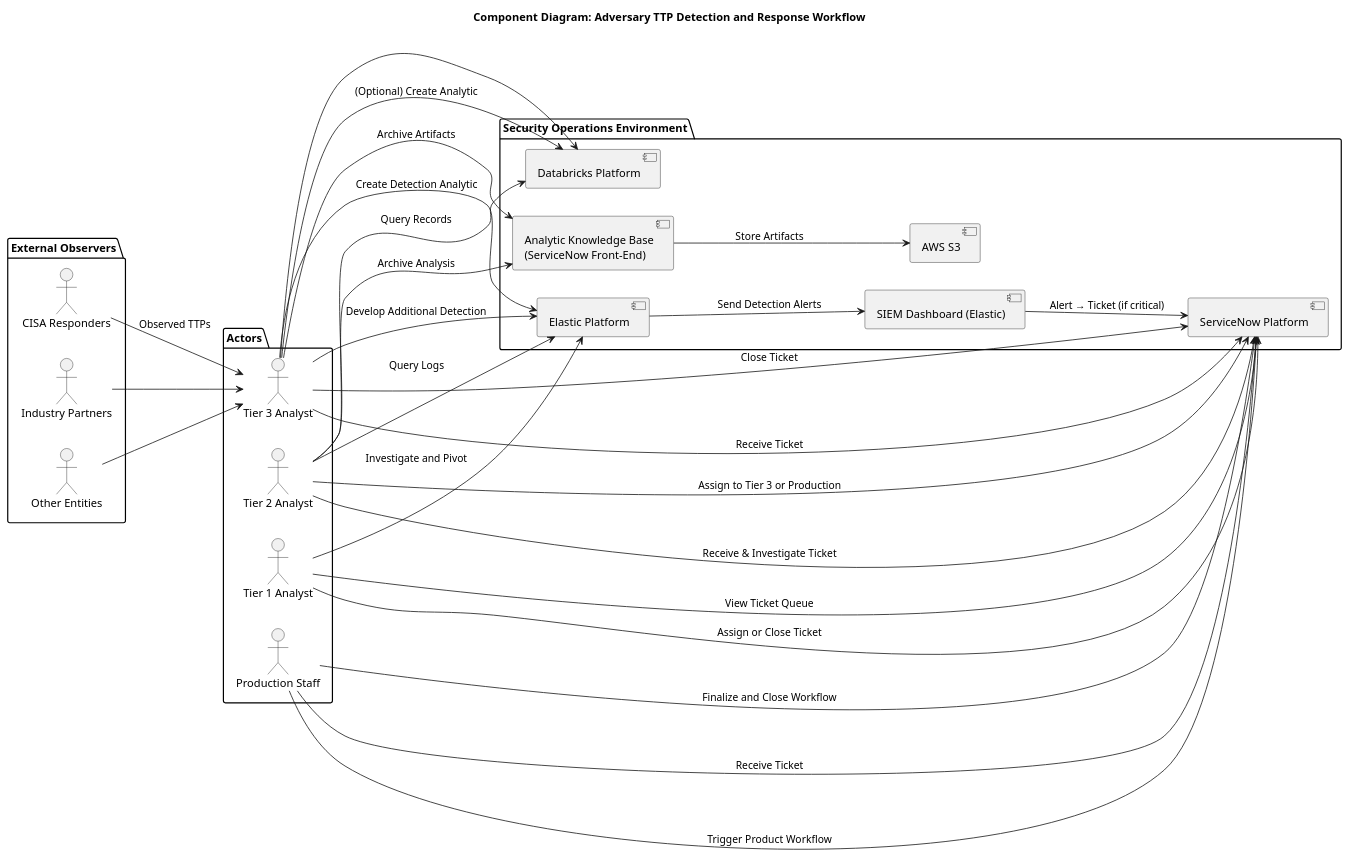
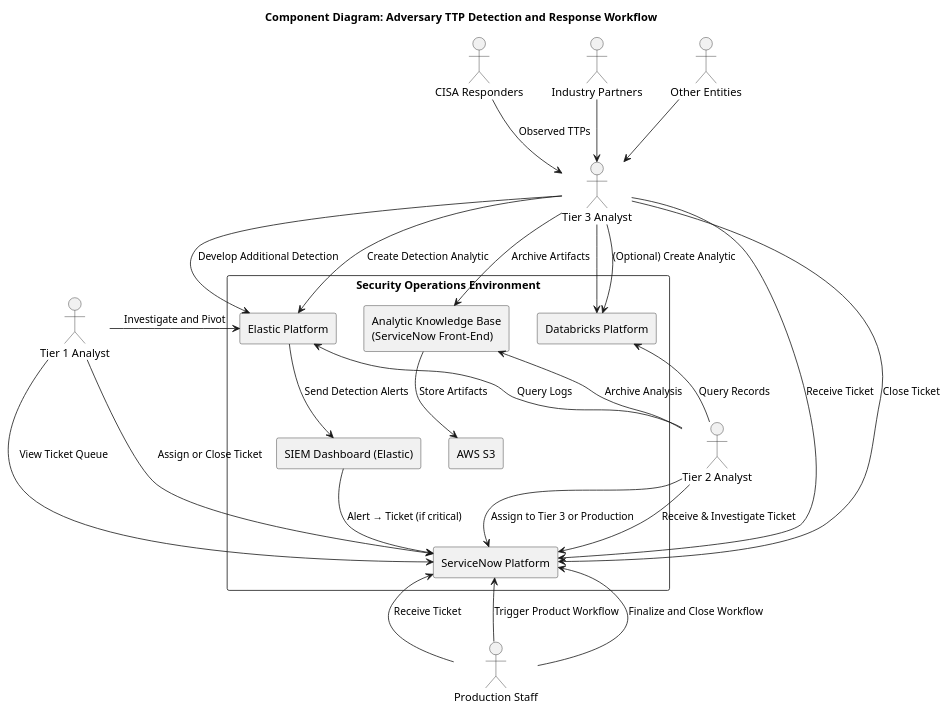
The diagram in src/main/resources/cisa_use_cases_and_workflows_2025/uc_1_persistent_hunt/uc_1_component_diagram.plantuml (drkiettran/use_cases_and_workflow_2025), drawn with PlantUML before and after one commit. The commit also changed 12 other files, not shown here.

```diff
--- a/src/main/resources/cisa_use_cases_and_workflows_2025/uc_1_persistent_hunt/uc_1_component_diagram.plantuml
+++ b/src/main/resources/cisa_use_cases_and_workflows_2025/uc_1_persistent_hunt/uc_1_component_diagram.plantuml
@@ -1,65 +1,67 @@
 @startuml
 	title Component Diagram: Adversary TTP Detection and Response Workflow
-	left to right direction
-	package "External Observers" {
+	' left to right direction
+	skinparam componentStyle rectangle
+	
+	'rectangle "External Observers" {
 	  actor :CISA Responders:
 	  actor :Industry Partners:
 	  actor :Other Entities:
 	
 	  ' [CISA Responders]
 	  ' [Industry Partners]
 	  ' [Other Entities]
-	}
+	'}
 	
-	package "Security Operations Environment" {
+	rectangle "Security Operations Environment" {
 	  [Elastic Platform] as Elastic
 	  [Databricks Platform] as Databricks
 	  [ServiceNow Platform] as ServiceNow
 	  [SIEM Dashboard (Elastic)] as SIEM
 	  [AWS S3] as S3
 	  [Analytic Knowledge Base\n(ServiceNow Front-End)] as AKB
 	}
 	
-	package "Actors" {
+	'rectangle "Actors" {
 		actor :Tier 1 Analyst:
 		actor :Tier 2 Analyst:
 		actor :Tier 3 Analyst:
 		actor :Production Staff:
 	  ' [Tier 1 Analyst]
 	  ' [Tier 2 Analyst]
 	  ' [Tier 3 Analyst]
 	  ' [Production Staff]
-	}
+	'}
 	
 	' Flow start
 	[CISA Responders] --> [Tier 3 Analyst] : Observed TTPs
 	[Industry Partners] --> [Tier 3 Analyst]
 	[Other Entities] --> [Tier 3 Analyst]
 	
-	[Tier 3 Analyst] --> Elastic : Create Detection Analytic
-	[Tier 3 Analyst] --> Databricks : (Optional) Create Analytic
+	[Tier 3 Analyst] -down-> Elastic : Create Detection Analytic
+	[Tier 3 Analyst] -down-> Databricks : (Optional) Create Analytic
 	Elastic --> SIEM : Send Detection Alerts
 	SIEM --> ServiceNow : Alert → Ticket (if critical)
 	
-	[Tier 1 Analyst] --> ServiceNow : View Ticket Queue
-	[Tier 1 Analyst] --> Elastic : Investigate and Pivot
-	[Tier 1 Analyst] --> ServiceNow : Assign or Close Ticket
+	[Tier 1 Analyst] -right-> ServiceNow : View Ticket Queue
+	[Tier 1 Analyst] -right-> Elastic : Investigate and Pivot
+	[Tier 1 Analyst] -right-> ServiceNow : Assign or Close Ticket
 	
-	[Tier 2 Analyst] --> ServiceNow : Receive & Investigate Ticket
-	[Tier 2 Analyst] --> Databricks : Query Records
-	[Tier 2 Analyst] --> Elastic : Query Logs
-	[Tier 2 Analyst] --> AKB : Archive Analysis
+	[Tier 2 Analyst] -left-> ServiceNow : Receive & Investigate Ticket
+	[Tier 2 Analyst] -left-> Databricks : Query Records
+	[Tier 2 Analyst] -left-> Elastic : Query Logs
+	[Tier 2 Analyst] -left-> AKB : Archive Analysis
 	AKB --> S3 : Store Artifacts
 	[Tier 2 Analyst] --> ServiceNow : Assign to Tier 3 or Production
 	
-	[Production Staff] --> ServiceNow : Receive Ticket
-	[Production Staff] --> ServiceNow : Trigger Product Workflow
-	[Production Staff] --> ServiceNow : Finalize and Close Workflow
+	[Production Staff] -up-> ServiceNow : Receive Ticket
+	[Production Staff] -up-> ServiceNow : Trigger Product Workflow
+	[Production Staff] -up-> ServiceNow : Finalize and Close Workflow
 	
 	[Tier 3 Analyst] --> ServiceNow : Receive Ticket
 	[Tier 3 Analyst] --> Elastic : Develop Additional Detection
 	[Tier 3 Analyst] --> Databricks
 	[Tier 3 Analyst] --> ServiceNow : Close Ticket
 	[Tier 3 Analyst] --> AKB : Archive Artifacts
 
 @enduml
```
